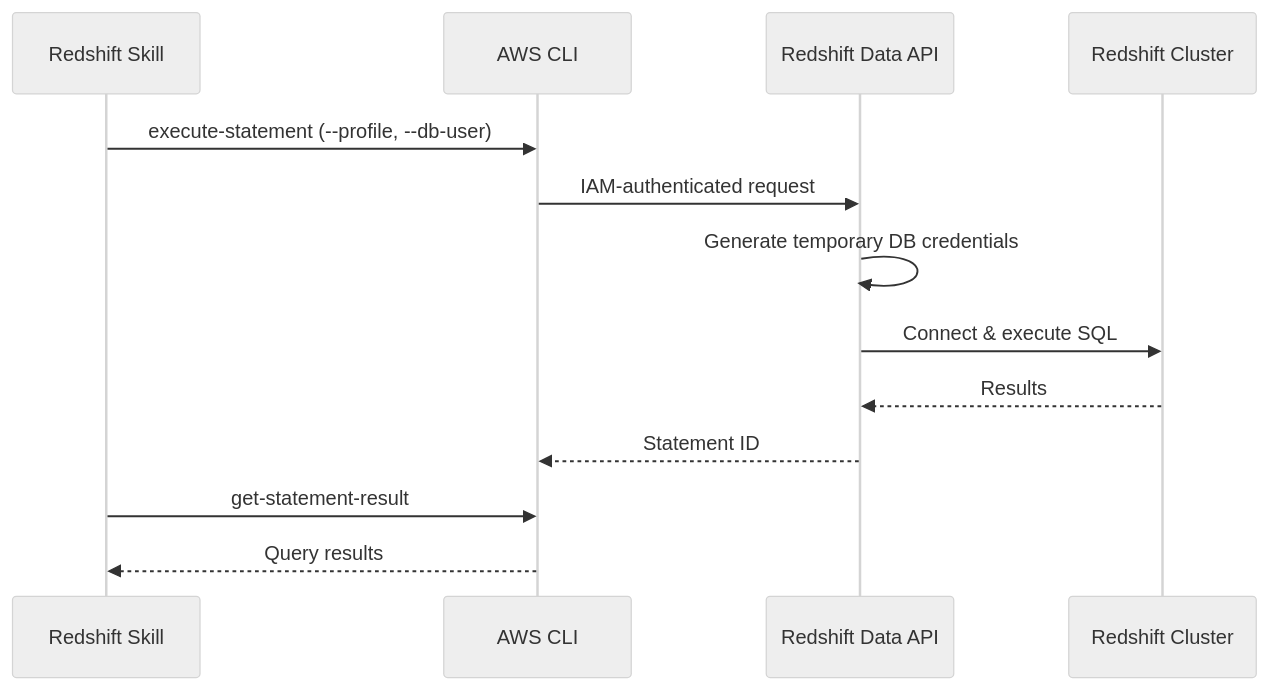
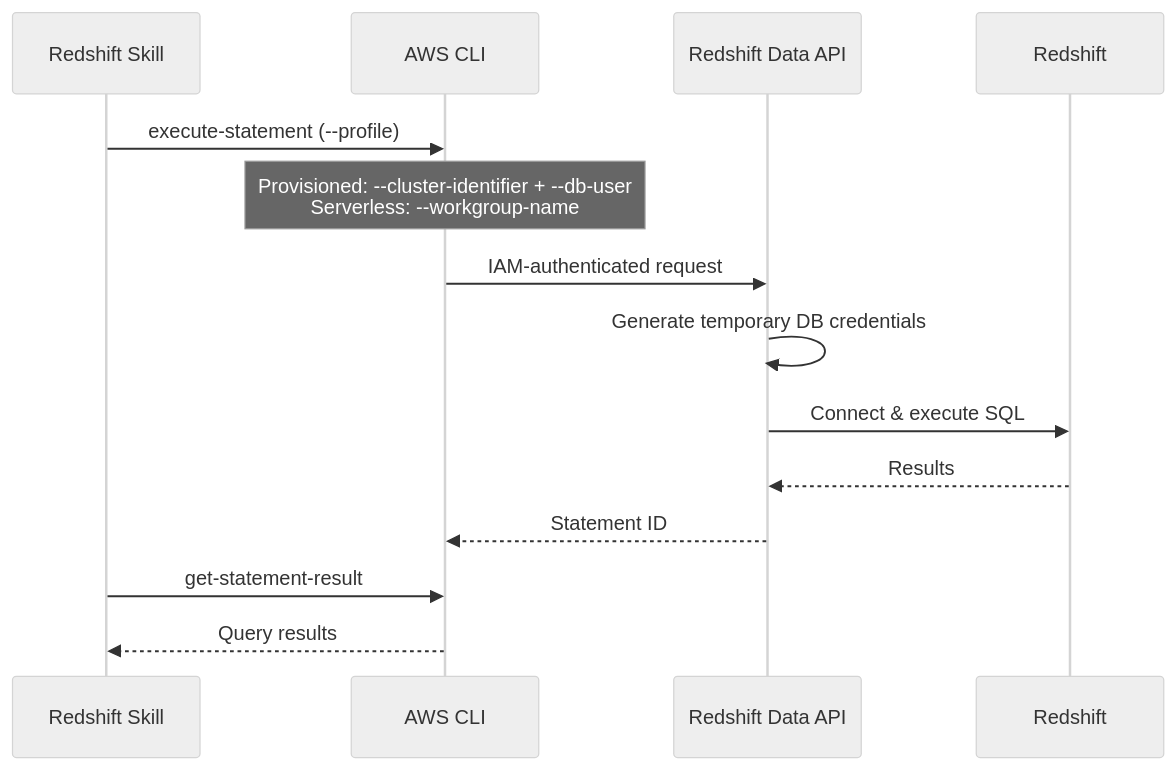
One commit to onsen-ai/redshift-skill changed the fourth of 4 diagrams in README.md. Above: the diagram before and after it, drawn with Mermaid (neutral theme). The commit also changed other lines of this file and 3 other files, not shown here.

First line of the commit message:
Add Redshift Serverless support

````diff
--- a/README.md
+++ b/README.md
@@ -256,16 +276,17 @@
 ```mermaid
 sequenceDiagram
     participant Skill as Redshift Skill
     participant CLI as AWS CLI
     participant API as Redshift Data API
-    participant RS as Redshift Cluster
+    participant RS as Redshift
 
-    Skill->>CLI: execute-statement (--profile, --db-user)
+    Skill->>CLI: execute-statement (--profile)
+    Note over CLI: Provisioned: --cluster-identifier + --db-user<br/>Serverless: --workgroup-name
     CLI->>API: IAM-authenticated request
     API->>API: Generate temporary DB credentials
     API->>RS: Connect & execute SQL
     RS-->>API: Results
     API-->>CLI: Statement ID
     Skill->>CLI: get-statement-result
     CLI-->>Skill: Query results
 ```
````
